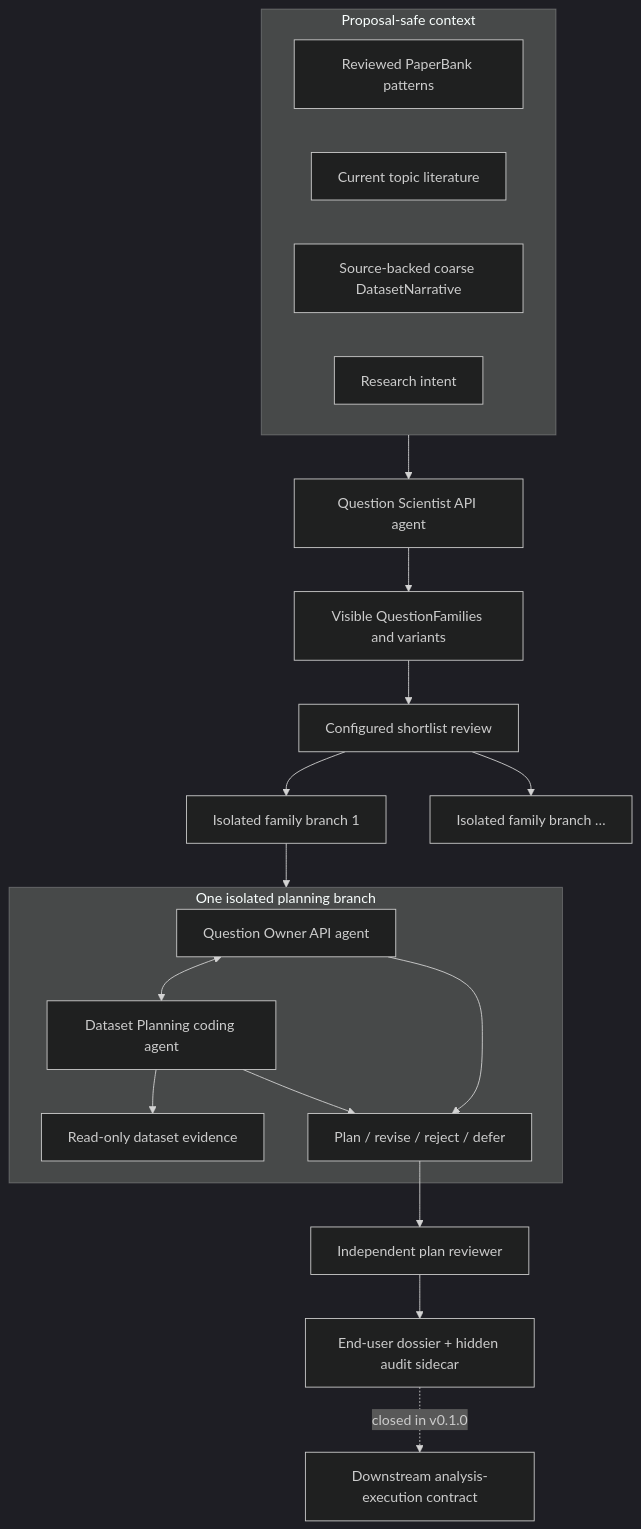
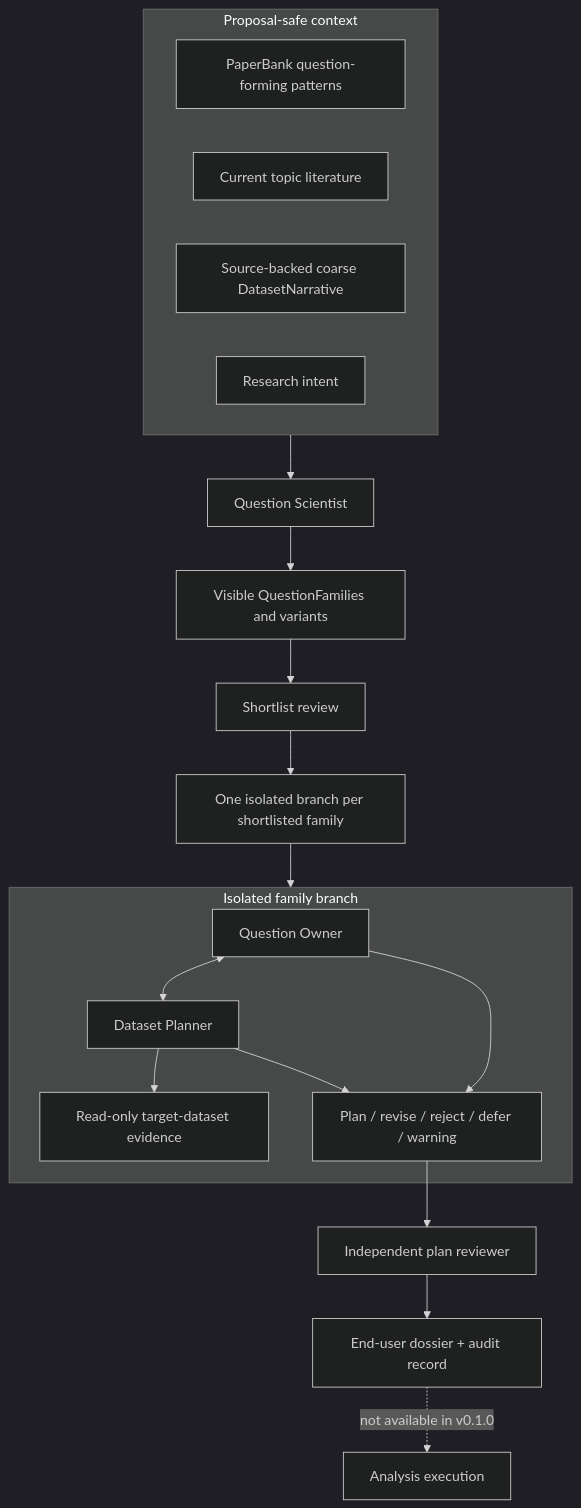
The diagram in docs/ARCHITECTURE.md (BeibaiDraco/maieusis), drawn with Mermaid (dark theme) before and after one commit. The commit also changed other lines of this file and 37 other files, not shown here.

````diff
--- a/docs/ARCHITECTURE.md
+++ b/docs/ARCHITECTURE.md
@@ -7,24 +11,23 @@
 ```mermaid
 flowchart TB
     subgraph Proposal["Proposal-safe context"]
-      PB["Reviewed PaperBank patterns"]
+      PB["PaperBank question-forming patterns"]
       TL["Current topic literature"]
       DN["Source-backed coarse DatasetNarrative"]
       RI["Research intent"]
     end
-    Proposal --> QS["Question Scientist API agent"]
+    Proposal --> QS["Question Scientist"]
     QS --> VF["Visible QuestionFamilies and variants"]
-    VF --> S["Configured shortlist review"]
-    S --> B1["Isolated family branch 1"]
-    S --> B2["Isolated family branch …"]
-    subgraph Branch["One isolated planning branch"]
-      O["Question Owner API agent"] <--> P["Dataset Planning coding agent"]
-      P --> E["Read-only dataset evidence"]
-      O --> C["Plan / revise / reject / defer"]
+    VF --> S["Shortlist review"]
+    S --> B["One isolated branch per shortlisted family"]
+    subgraph Branch["Isolated family branch"]
+      O["Question Owner"] <--> P["Dataset Planner"]
+      P --> E["Read-only target-dataset evidence"]
+      O --> C["Plan / revise / reject / defer / warning"]
       P --> C
     end
-    B1 --> Branch
+    B --> Branch
     C --> IR["Independent plan reviewer"]
-    IR --> D["End-user dossier + hidden audit sidecar"]
-    D -. "closed in v0.1.0" .-> X["Downstream analysis-execution contract"]
+    IR --> D["End-user dossier + audit record"]
+    D -. "not available in v0.1.0" .-> X["Analysis execution"]
 ```
````
